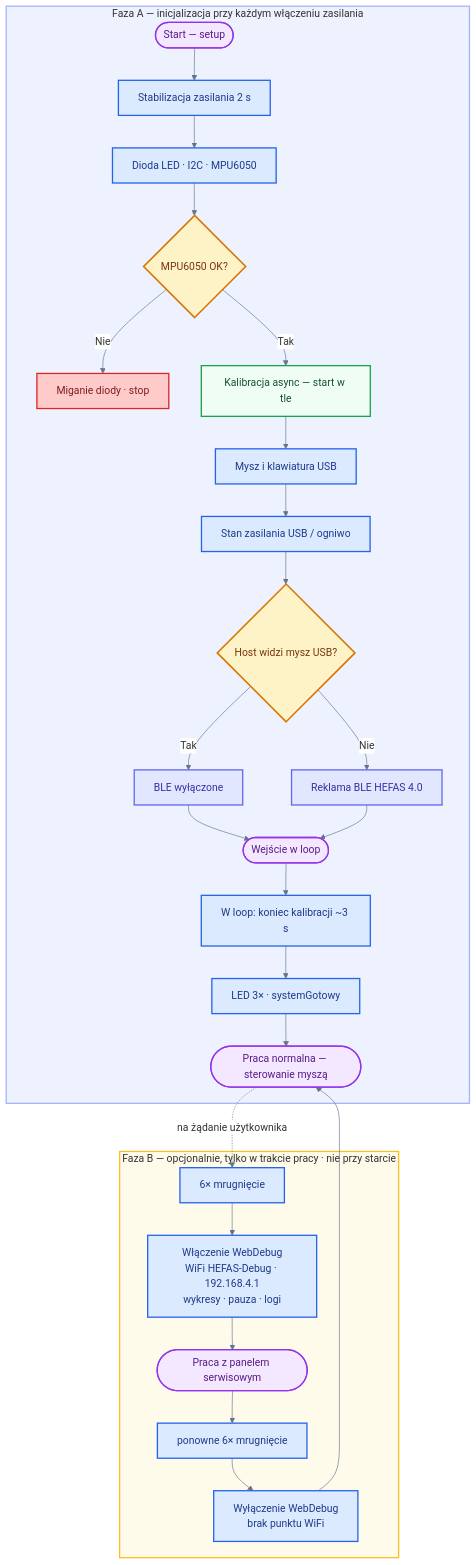
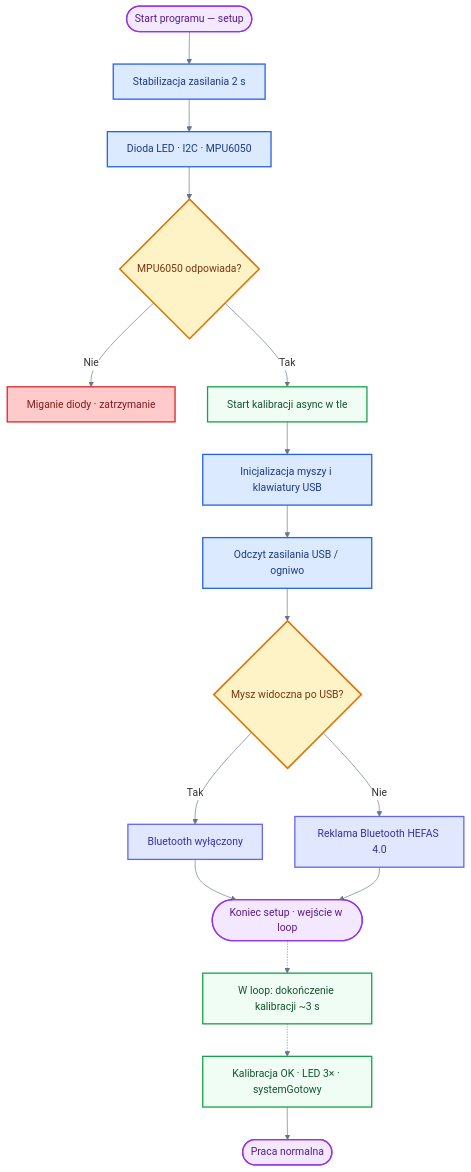
One commit to bartkadres-ai/HEFAS-4.0 changed the second of 10 diagrams in README.md. Above: the diagram before and after it, drawn with Mermaid. The commit also changed other lines of this file, not shown here.

````diff
--- a/README.md
+++ b/README.md
@@ -335,46 +332,33 @@
 ```mermaid
 %%{init: { 'theme': 'default', 'themeVariables': { 'darkMode': false, 'background': '#ffffff', 'mainBkg': '#ffffff', 'primaryColor': '#ffffff', 'secondaryColor': '#ffffff', 'tertiaryColor': '#ffffff', 'primaryTextColor': '#1e293b', 'secondaryTextColor': '#334155', 'lineColor': '#64748b', 'primaryBorderColor': '#94a3b8', 'clusterBkg': '#f1f5f9', 'clusterBorder': '#94a3b8', 'edgeLabelBackground': '#ffffff', 'noteBkgColor': '#f8fafc', 'noteTextColor': '#475569', 'fontFamily': 'arial' }}}%%
 flowchart TD
-    subgraph INIT["Faza A — inicjalizacja przy każdym włączeniu zasilania"]
-        START([Start — setup]) --> WAIT["Stabilizacja zasilania 2 s"]
-        WAIT --> HW["Dioda LED · I2C · MPU6050"]
-        HW --> MPU{"MPU6050 OK?"}
-        MPU -->|Nie| FATAL["Miganie diody · stop"]
-        MPU -->|Tak| KAL["Kalibracja async — start w tle"]
-        KAL --> USB["Mysz i klawiatura USB"]
-        USB --> ZAS["Stan zasilania USB / ogniwo"]
-        ZAS --> CHAN{"Host widzi mysz USB?"}
-        CHAN -->|Tak| USBONLY["BLE wyłączone"]
-        CHAN -->|Nie| BLEON["Reklama BLE HEFAS 4.0"]
-        USBONLY --> LOOPENTRY([Wejście w loop])
-        BLEON --> LOOPENTRY
-        LOOPENTRY --> KALDONE["W loop: koniec kalibracji ~3 s"]
-        KALDONE --> READY["LED 3× · systemGotowy"]
-        READY --> PRACA([Praca normalna — sterowanie myszą])
-    end
+    START([Start programu — setup]) --> WAIT["Stabilizacja zasilania 2 s"]
+    WAIT --> HW["Dioda LED · I2C · MPU6050"]
+    HW --> MPU{"MPU6050 odpowiada?"}
+    MPU -->|Nie| FATAL["Miganie diody · zatrzymanie"]
+    MPU -->|Tak| KAL["Start kalibracji async w tle"]
+    KAL --> USB["Inicjalizacja myszy i klawiatury USB"]
+    USB --> ZAS["Odczyt zasilania USB / ogniwo"]
+    ZAS --> CHAN{"Mysz widoczna po USB?"}
+    CHAN -->|Tak| USBONLY["Bluetooth wyłączony"]
+    CHAN -->|Nie| BLEON["Reklama Bluetooth HEFAS 4.0"]
+    USBONLY --> LOOP([Koniec setup · wejście w loop])
+    BLEON --> LOOP
 
-    subgraph WEBOPT["Faza B — opcjonalnie, tylko w trakcie pracy · nie przy starcie"]
-        MRUG6["6× mrugnięcie"] --> WLACZ["Włączenie WebDebug<br/>WiFi HEFAS-Debug · 192.168.4.1<br/>wykresy · pauza · logi"]
-        WLACZ --> PRACADBG([Praca z panelem serwisowym])
-        PRACADBG --> MRUG6OFF["ponowne 6× mrugnięcie"]
-        MRUG6OFF --> WYLACZ["Wyłączenie WebDebug<br/>brak punktu WiFi"]
-        WYLACZ --> PRACA
-    end
-
-    PRACA -.->|"na żądanie użytkownika"| MRUG6
+    LOOP -.-> KALLOOP["W loop: dokończenie kalibracji ~3 s"]
+    KALLOOP -.-> READY["Kalibracja OK · LED 3× · systemGotowy"]
+    READY --> KON([Praca normalna])
 
     classDef startEnd fill:#f3e8ff,stroke:#9333ea,stroke-width:2px,color:#581c87
     classDef process fill:#dbeafe,stroke:#2563eb,stroke-width:2px,color:#1e3a8a
     classDef bad fill:#fecaca,stroke:#dc2626,stroke-width:2px,color:#7f1d1d
     classDef decision fill:#fef3c7,stroke:#d97706,stroke-width:2.5px,color:#78350f
     classDef branch fill:#e0e7ff,stroke:#6366f1,stroke-width:2px,color:#3730a3
     classDef async fill:#f0fdf4,stroke:#16a34a,stroke-width:2px,color:#14532d
-    class START,LOOPENTRY,PRACA,PRACADBG startEnd
-    class WAIT,HW,USB,ZAS,KALDONE,READY,MRUG6,WLACZ,MRUG6OFF,WYLACZ process
-    class KAL async
+    class START,LOOP,KON startEnd
+    class WAIT,HW,USB,ZAS process
+    class KAL,KALLOOP,READY async
     class FATAL bad
     class MPU,CHAN decision
     class USBONLY,BLEON branch
-    style INIT fill:#eef2ff,stroke:#a5b4fc,stroke-width:2px
-    style WEBOPT fill:#fffbeb,stroke:#fbbf24,stroke-width:2px
 ```
````
